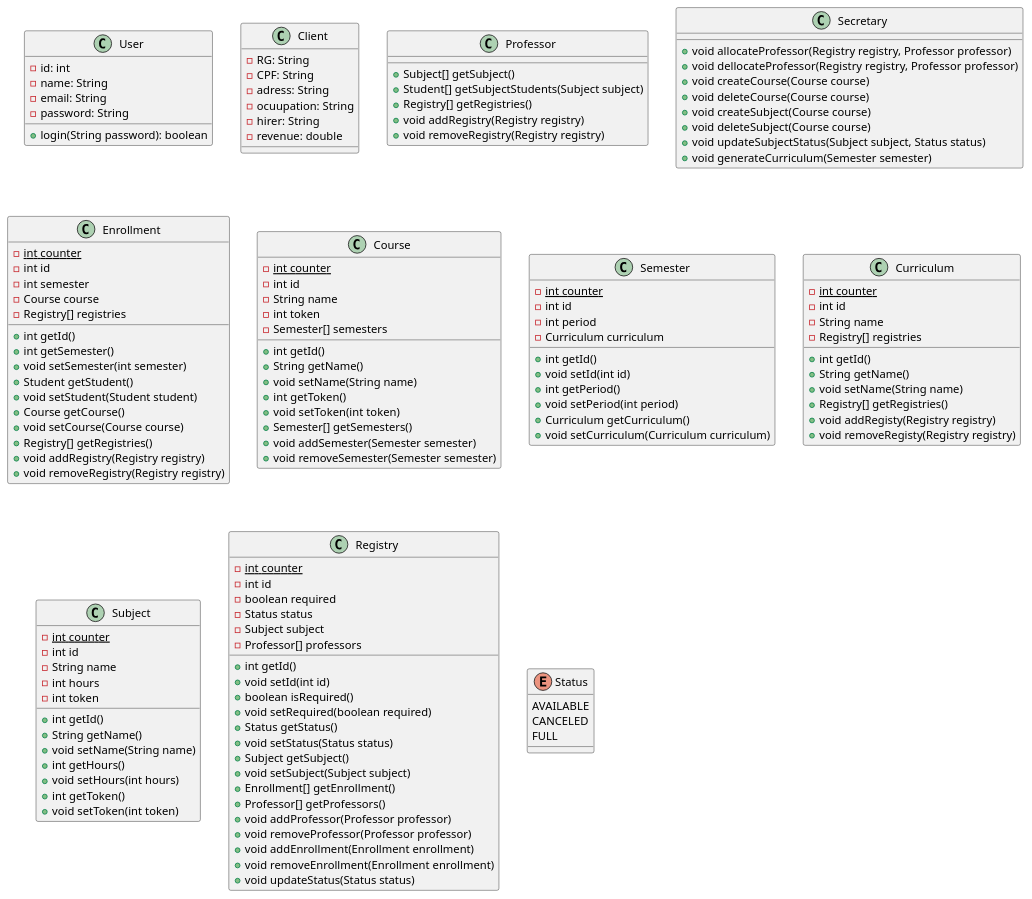
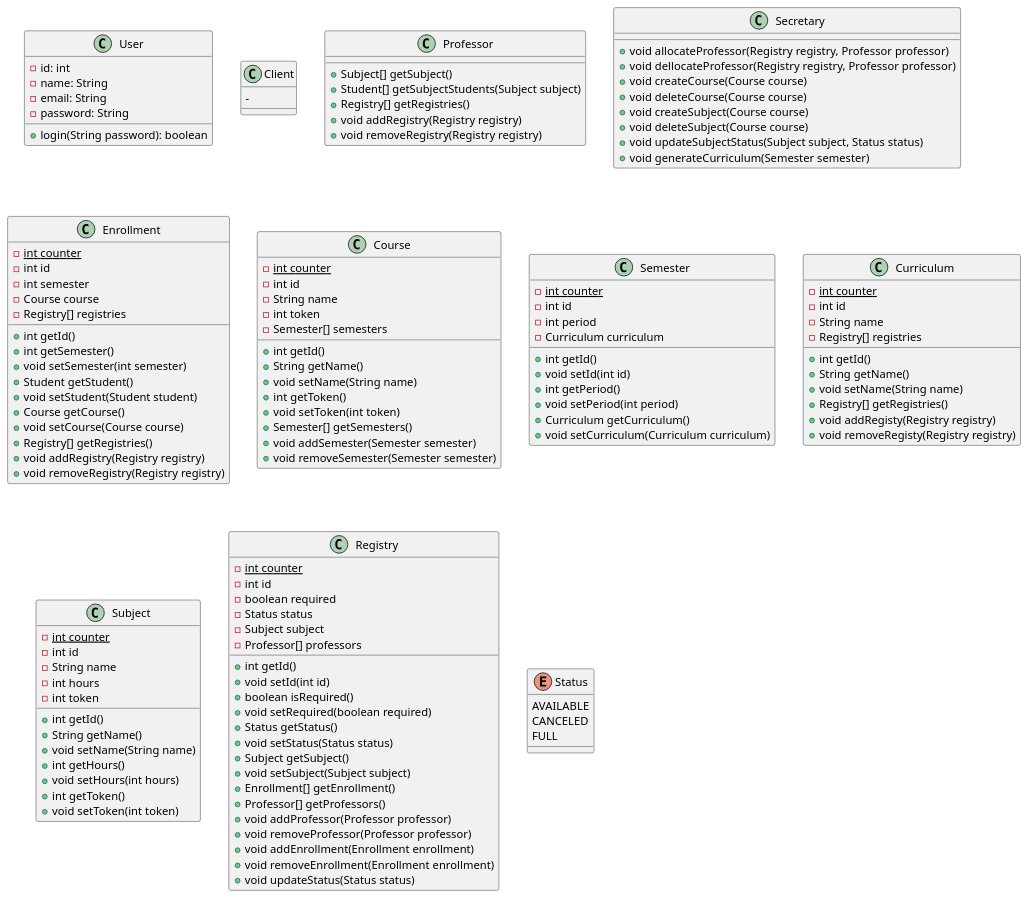
One commit to migueltico2/laboratorio-de-desenvolvimento-de-software changed the diagram in projeto 2/project/classDiagram.plantuml. Above: the diagram before and after it, drawn with PlantUML. The commit also changed 2 other files, not shown here.

```diff
--- a/projeto 2/project/classDiagram.plantuml
+++ b/projeto 2/project/classDiagram.plantuml
@@ -1,135 +1,130 @@
 @startuml
 
 class User {
     -id: int
     -name: String
     -email: String
     -password: String
     +login(String password): boolean
 }
 class Client {
-    -RG: String
-    -CPF: String
-    -adress: String
-    -ocuupation: String
-    -hirer: String
-    -revenue: double
+   - 
 }
 class Professor {
     +Subject[] getSubject()
     +Student[] getSubjectStudents(Subject subject)
     +Registry[] getRegistries()
     +void addRegistry(Registry registry)
     +void removeRegistry(Registry registry)
 }
 class Secretary {
     +void allocateProfessor(Registry registry, Professor professor)
     +void dellocateProfessor(Registry registry, Professor professor)
     +void createCourse(Course course)
     +void deleteCourse(Course course)
     +void createSubject(Course course)
     +void deleteSubject(Course course)
     +void updateSubjectStatus(Subject subject, Status status)
     +void generateCurriculum(Semester semester)
 }
 class Enrollment {
     -{static} int counter
     -int id
     -int semester
     -Course course
     -Registry[] registries
     +int getId()
     +int getSemester()
     +void setSemester(int semester)
     +Student getStudent()
     +void setStudent(Student student)
     +Course getCourse()
     +void setCourse(Course course)
     +Registry[] getRegistries()
     +void addRegistry(Registry registry)
     +void removeRegistry(Registry registry)
 }
 class Course {
     -{static} int counter
     -int id
     -String name
     -int token
     -Semester[] semesters
     +int getId()
     +String getName()
     +void setName(String name)
     +int getToken()
     +void setToken(int token)
     +Semester[] getSemesters()
     +void addSemester(Semester semester)
     +void removeSemester(Semester semester)
 }
 class Semester {
     -{static} int counter
     -int id
     -int period
     -Curriculum curriculum
     +int getId()
     +void setId(int id)
     +int getPeriod()
     +void setPeriod(int period)
     +Curriculum getCurriculum()
     +void setCurriculum(Curriculum curriculum)
 }
 class Curriculum {
     -{static} int counter
     -int id
     -String name
     -Registry[] registries
     +int getId()
     +String getName()
     +void setName(String name)
     +Registry[] getRegistries()
     +void addRegisty(Registry registry)
     +void removeRegisty(Registry registry)
 }
 class Subject {
     -{static} int counter
     -int id
     -String name
     -int hours
     -int token
     +int getId()
     +String getName()
     +void setName(String name)
     +int getHours()
     +void setHours(int hours)
     +int getToken()
     +void setToken(int token)
 }
 class Registry {
     -{static} int counter
     -int id
     -boolean required
     -Status status
     -Subject subject
     -Professor[] professors
     +int getId()
     +void setId(int id)
     +boolean isRequired()
     +void setRequired(boolean required)
     +Status getStatus()
     +void setStatus(Status status)
     +Subject getSubject()
     +void setSubject(Subject subject)
     +Enrollment[] getEnrollment()
     +Professor[] getProfessors()
     +void addProfessor(Professor professor)
     +void removeProfessor(Professor professor)
     +void addEnrollment(Enrollment enrollment)
     +void removeEnrollment(Enrollment enrollment)
     +void updateStatus(Status status)
 }
 
 enum Status {
     AVAILABLE
     CANCELED
     FULL
 }
 
 @enduml
```
